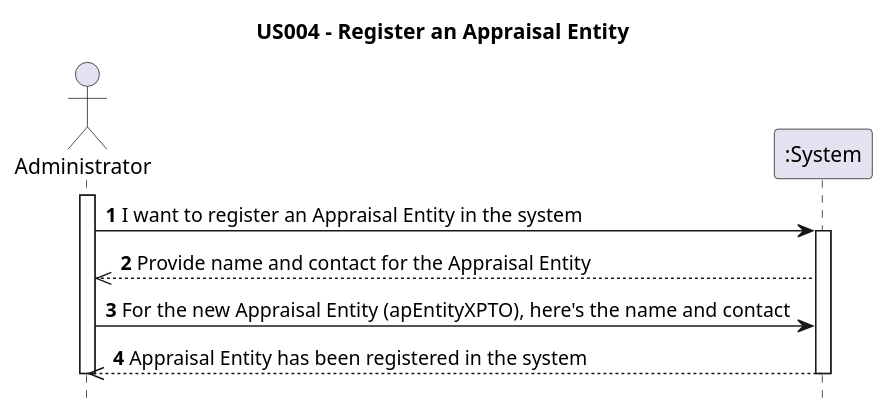
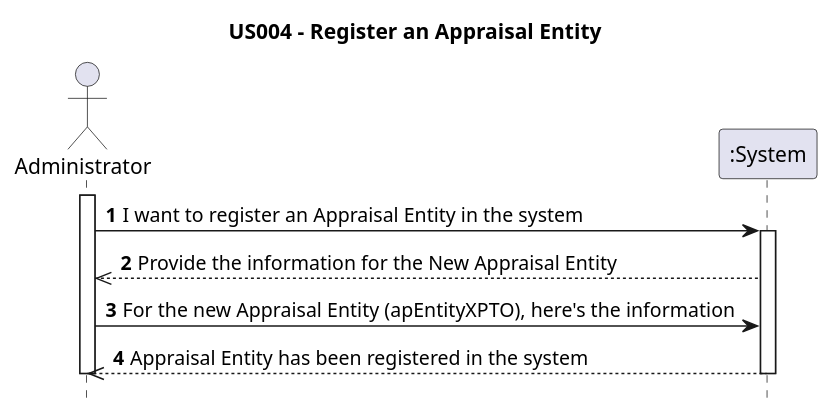
Before and after one commit to AndrePereiraGitH/SWitCH-Project-Team_A: the diagram in Diagrams/SequenceDiagrams/N1/US004-to-register-an-appraisal-entity-in-the-system.puml, drawn with PlantUML. The commit also changed 8 other files, not shown here.

Commit message:
Finished #23 #26, sequence and class diagram finished

```diff
--- a/Diagrams/SequenceDiagrams/N1/US004-to-register-an-appraisal-entity-in-the-system.puml
+++ b/Diagrams/SequenceDiagrams/N1/US004-to-register-an-appraisal-entity-in-the-system.puml
@@ -1,23 +1,24 @@
 @startuml
 
 hide footbox
+autonumber
 
 title US004 - Register an Appraisal Entity
 
 actor Administrator
 participant ":System" as System
 
 ' Human communication started by Administrator
 activate Administrator
 
-Administrator -> System : **1** I want to register an Appraisal Entity in the system
+Administrator -> System : I want to register an Appraisal Entity in the system
 
     activate System
-    System -->> Administrator : **2** Provide name and contact for the Appraisal Entity
-    Administrator -> System : **3** For the new Appraisal Entity (apEntityXPTO), here's the name and contact
-    System -->> Administrator : **4** Appraisal Entity has been registered in the system
+    System -->> Administrator : Provide the information for the New Appraisal Entity
+    Administrator -> System : For the new Appraisal Entity (apEntityXPTO), here's the information
+    System -->> Administrator : Appraisal Entity has been registered in the system
     deactivate System
 
 deactivate Administrator
 
 @enduml
```
